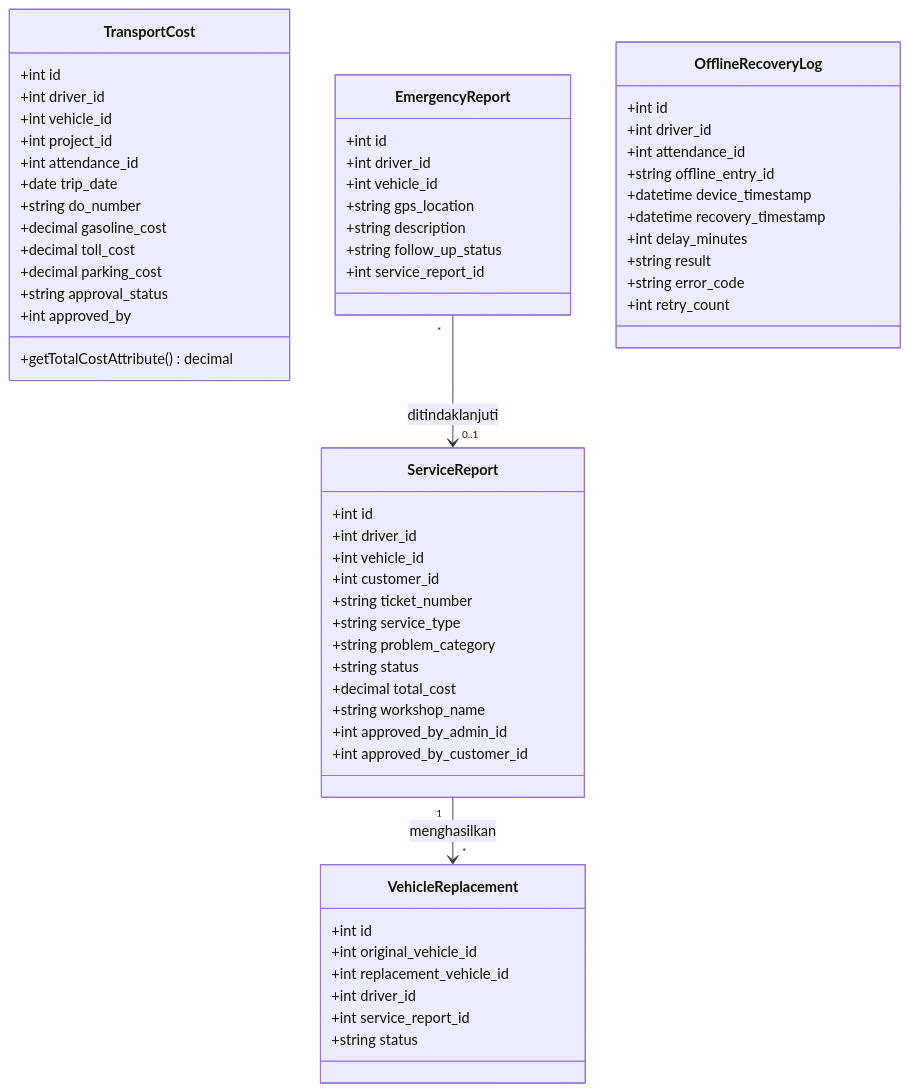
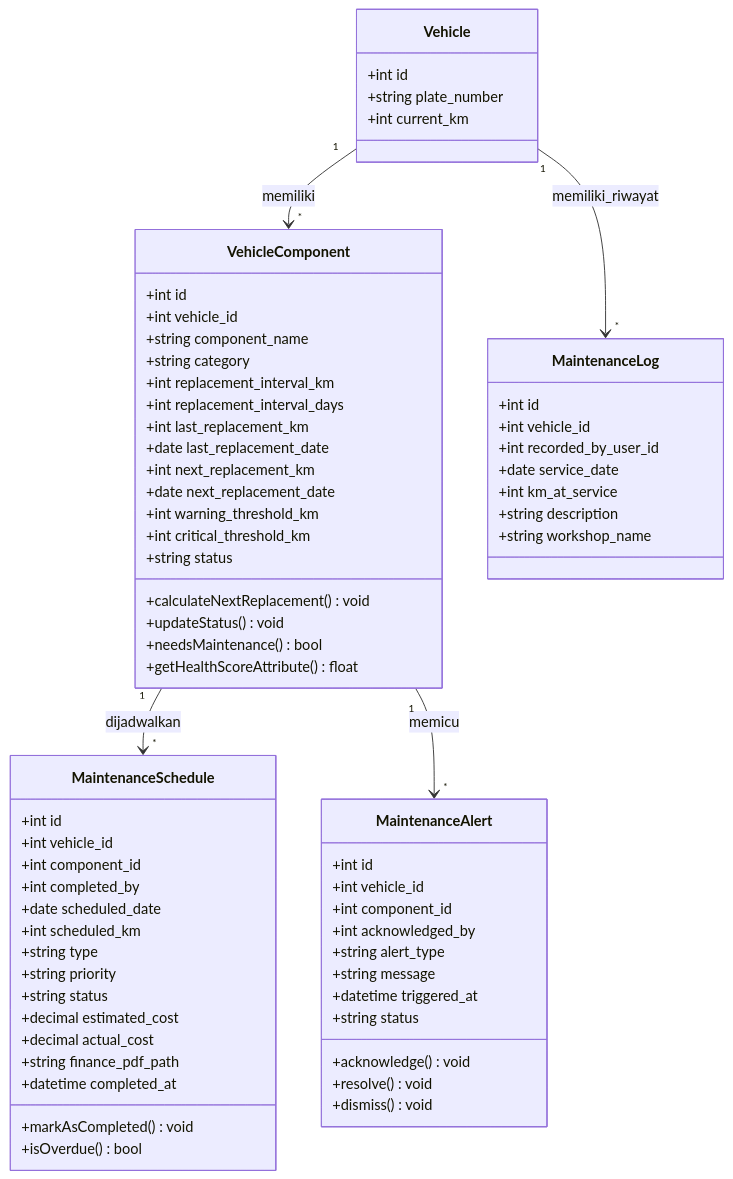
One commit to rohandev19/Absen-Driver changed the third of 3 diagrams in docs/class_diagram.md. Above: the diagram before and after it, drawn with Mermaid. The commit also changed 12 other files, not shown here.

Commit message:
fix: resolve vehicle odometer synchronization, fix admin permission issues, and enhance physical check UI

````diff
--- a/docs/class_diagram.md
+++ b/docs/class_diagram.md
@@ -168,68 +197,75 @@
 ```mermaid
 classDiagram
-    class TransportCost {
+    class Vehicle {
         +int id
-        +int driver_id
-        +int vehicle_id
-        +int project_id
-        +int attendance_id
-        +date trip_date
-        +string do_number
-        +decimal gasoline_cost
-        +decimal toll_cost
-        +decimal parking_cost
-        +string approval_status
-        +int approved_by
-        +getTotalCostAttribute() decimal
+        +string plate_number
+        +int current_km
     }
 
-    class ServiceReport {
+    class VehicleComponent {
         +int id
-        +int driver_id
         +int vehicle_id
-        +int customer_id
-        +string ticket_number
-        +string service_type
-        +string problem_category
+        +string component_name
+        +string category
+        +int replacement_interval_km
+        +int replacement_interval_days
+        +int last_replacement_km
+        +date last_replacement_date
+        +int next_replacement_km
+        +date next_replacement_date
+        +int warning_threshold_km
+        +int critical_threshold_km
         +string status
-        +decimal total_cost
-        +string workshop_name
-        +int approved_by_admin_id
-        +int approved_by_customer_id
+        +calculateNextReplacement() void
+        +updateStatus() void
+        +needsMaintenance() bool
+        +getHealthScoreAttribute() float
     }
 
-    class EmergencyReport {
+    class MaintenanceLog {
         +int id
-        +int driver_id
         +int vehicle_id
-        +string gps_location
+        +int recorded_by_user_id
+        +date service_date
+        +int km_at_service
         +string description
-        +string follow_up_status
-        +int service_report_id
+        +string workshop_name
     }
 
-    class OfflineRecoveryLog {
+    class MaintenanceSchedule {
         +int id
-        +int driver_id
-        +int attendance_id
-        +string offline_entry_id
-        +datetime device_timestamp
-        +datetime recovery_timestamp
-        +int delay_minutes
-        +string result
-        +string error_code
-        +int retry_count
+        +int vehicle_id
+        +int component_id
+        +int completed_by
+        +date scheduled_date
+        +int scheduled_km
+        +string type
+        +string priority
+        +string status
+        +decimal estimated_cost
+        +decimal actual_cost
+        +string finance_pdf_path
+        +datetime completed_at
+        +markAsCompleted() void
+        +isOverdue() bool
     }
 
-    class VehicleReplacement {
+    class MaintenanceAlert {
         +int id
-        +int original_vehicle_id
-        +int replacement_vehicle_id
-        +int driver_id
-        +int service_report_id
+        +int vehicle_id
+        +int component_id
+        +int acknowledged_by
+        +string alert_type
+        +string message
+        +datetime triggered_at
         +string status
+        +acknowledge() void
+        +resolve() void
+        +dismiss() void
     }
 
-    ServiceReport "1" --> "*" VehicleReplacement : menghasilkan
-    EmergencyReport "*" --> "0..1" ServiceReport : ditindaklanjuti
+    Vehicle "1" --> "*" VehicleComponent : memiliki
+    Vehicle "1" --> "*" MaintenanceLog : memiliki_riwayat
+    VehicleComponent "1" --> "*" MaintenanceSchedule : dijadwalkan
+    VehicleComponent "1" --> "*" MaintenanceAlert : memicu
 ```
````
